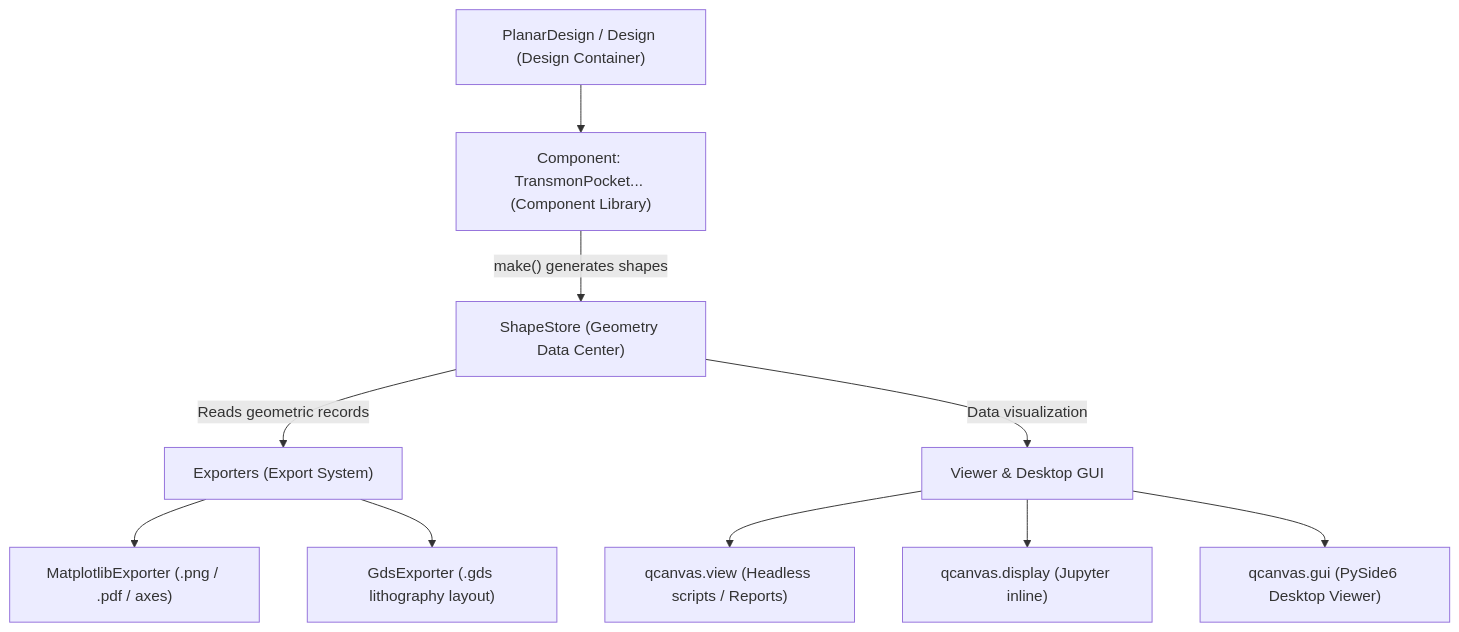
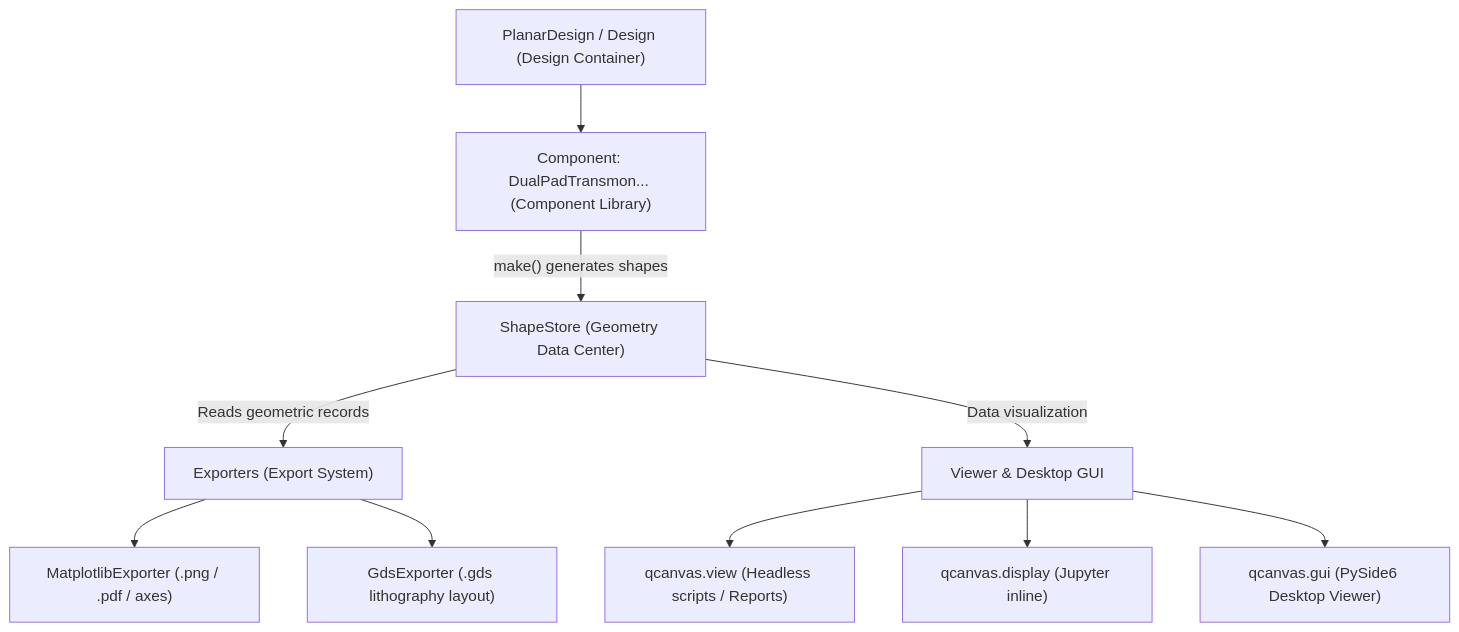
One commit to quantum-panda-a/SQCanvas changed the diagram in README.md. Above: the diagram before and after it, drawn with Mermaid. The commit also changed other lines of this file and 18 other files, not shown here.

Commit message:
Introduce DualPadTransmon component with configurable cutout geometry

````diff
--- a/README.md
+++ b/README.md
@@ -39,14 +39,14 @@
 ```mermaid
 graph TD
-    A["PlanarDesign / Design (Design Container)"] --> B["Component: TransmonPocket... (Component Library)"]
+    A["PlanarDesign / Design (Design Container)"] --> B["Component: DualPadTransmon... (Component Library)"]
     B -- "make() generates shapes" --> C["ShapeStore (Geometry Data Center)"]
     
     C -- "Reads geometric records" --> D["Exporters (Export System)"]
     D --> E["MatplotlibExporter (.png / .pdf / axes)"]
     D --> F["GdsExporter (.gds lithography layout)"]
     
     C -- "Data visualization" --> G["Viewer & Desktop GUI"]
     G --> H["qcanvas.view (Headless scripts / Reports)"]
     G --> I["qcanvas.display (Jupyter inline)"]
     G --> J["qcanvas.gui (PySide6 Desktop Viewer)"]
 ```
````
